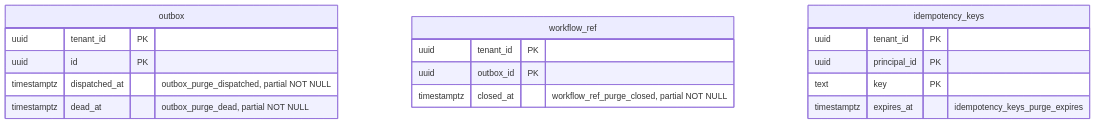
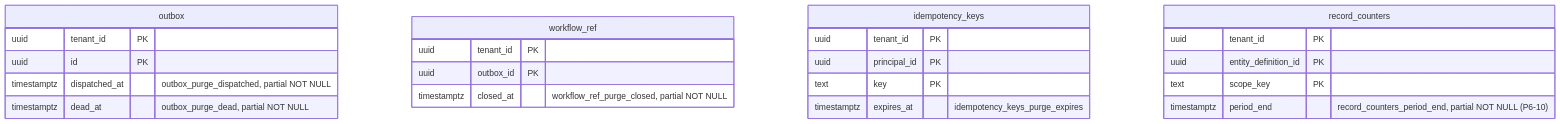
The diagram in docs/data/purge-indexes.md (Navaladi2019/TicketingSystem), drawn with Mermaid before and after one commit. The commit also changed other lines of this file and 14 other files, not shown here.

````diff
--- a/docs/data/purge-indexes.md
+++ b/docs/data/purge-indexes.md
@@ -34,20 +35,26 @@
 ```mermaid
 erDiagram
     outbox {
         uuid tenant_id PK
         uuid id PK
         timestamptz dispatched_at "outbox_purge_dispatched, partial NOT NULL"
         timestamptz dead_at "outbox_purge_dead, partial NOT NULL"
     }
     workflow_ref {
         uuid tenant_id PK
         uuid outbox_id PK
         timestamptz closed_at "workflow_ref_purge_closed, partial NOT NULL"
     }
     idempotency_keys {
         uuid tenant_id PK
         uuid principal_id PK
         text key PK
         timestamptz expires_at "idempotency_keys_purge_expires"
     }
+    record_counters {
+        uuid tenant_id PK
+        uuid entity_definition_id PK
+        text scope_key PK
+        timestamptz period_end "record_counters_period_end, partial NOT NULL (P6-10)"
+    }
 ```
````
